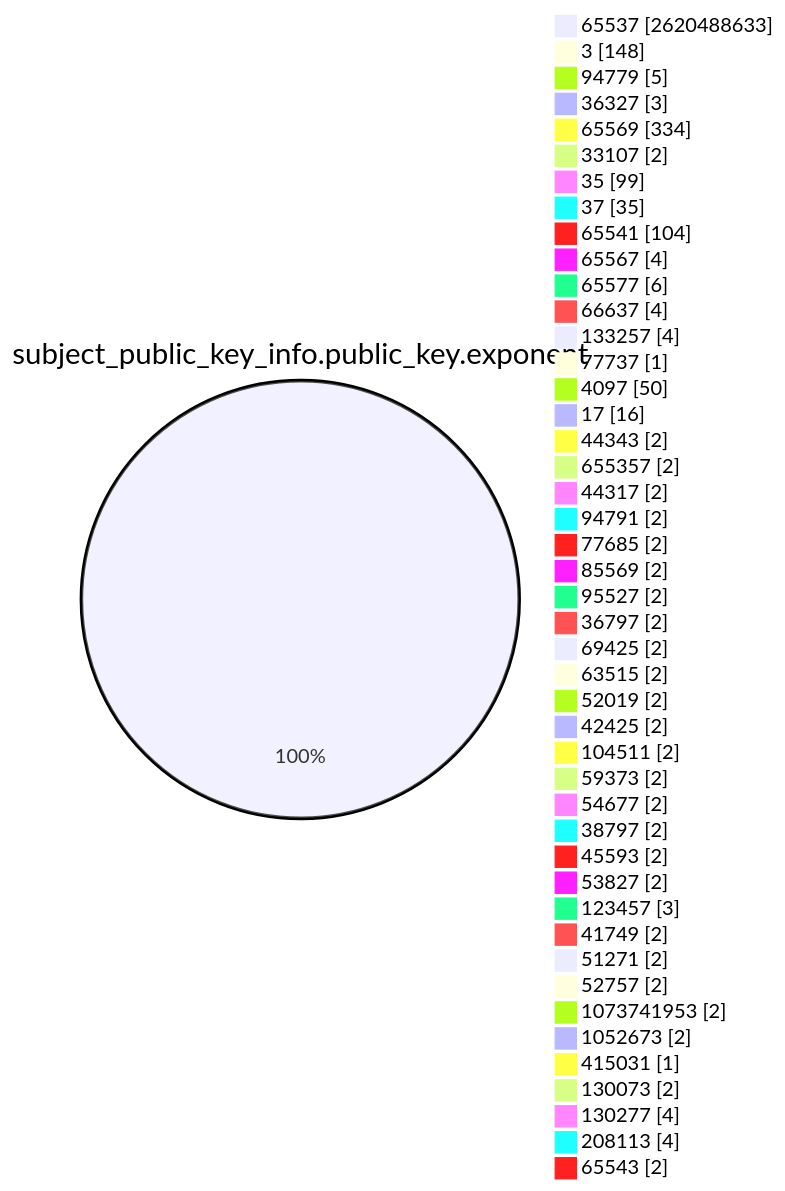
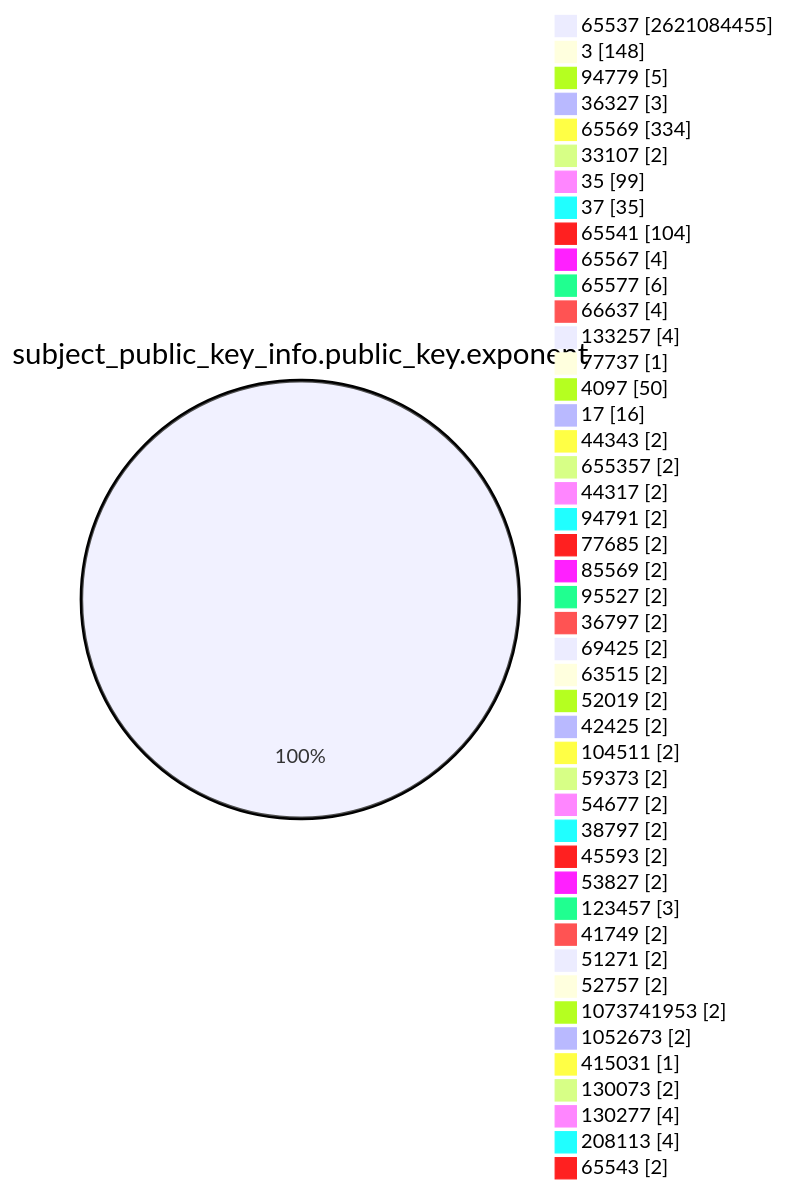
The fourth of 15 diagrams in TOTAL/README.md (christiankrug/ctmonitor_visualization), drawn with Mermaid before and after one commit. The commit also changed other lines of this file, not shown here.

````diff
--- a/TOTAL/README.md
+++ b/TOTAL/README.md
@@ -1467,49 +1467,49 @@
 ```mermaid
 pie showData
 title subject_public_key_info.public_key.exponent
-"65537" :2620488633
+"65537" :2621084455
 "3" :148
 "94779" :5
 "36327" :3
 "65569" :334
 "33107" :2
 "35" :99
 "37" :35
 "65541" :104
 "65567" :4
 "65577" :6
 "66637" :4
 "133257" :4
 "77737" :1
 "4097" :50
 "17" :16
 "44343" :2
 "655357" :2
 "44317" :2
 "94791" :2
 "77685" :2
 "85569" :2
 "95527" :2
 "36797" :2
 "69425" :2
 "63515" :2
 "52019" :2
 "42425" :2
 "104511" :2
 "59373" :2
 "54677" :2
 "38797" :2
 "45593" :2
 "53827" :2
 "123457" :3
 "41749" :2
 "51271" :2
 "52757" :2
 "1073741953" :2
 "1052673" :2
 "415031" :1
 "130073" :2
 "130277" :4
 "208113" :4
 "65543" :2
 ```
````
